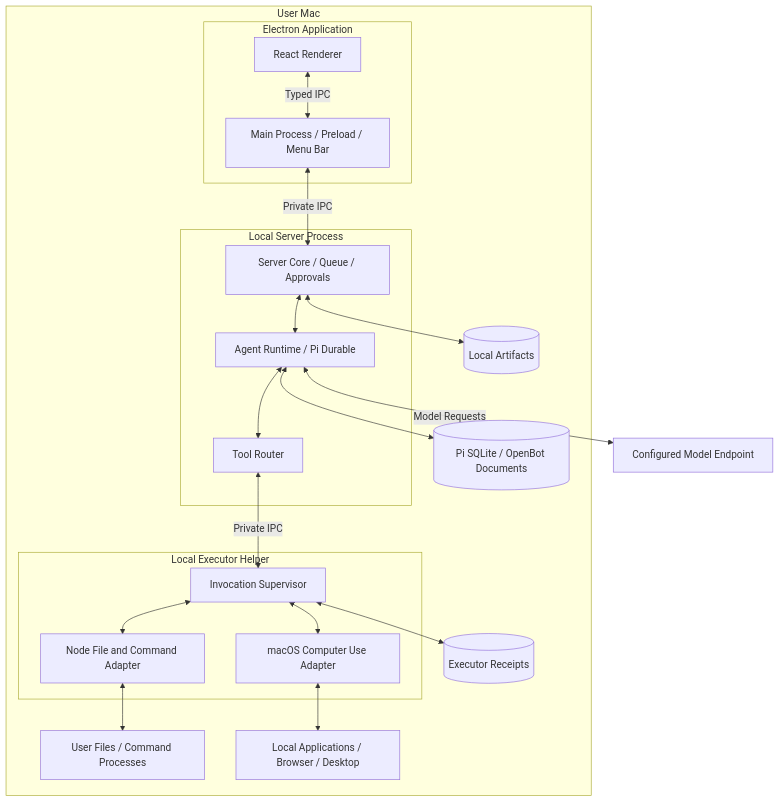
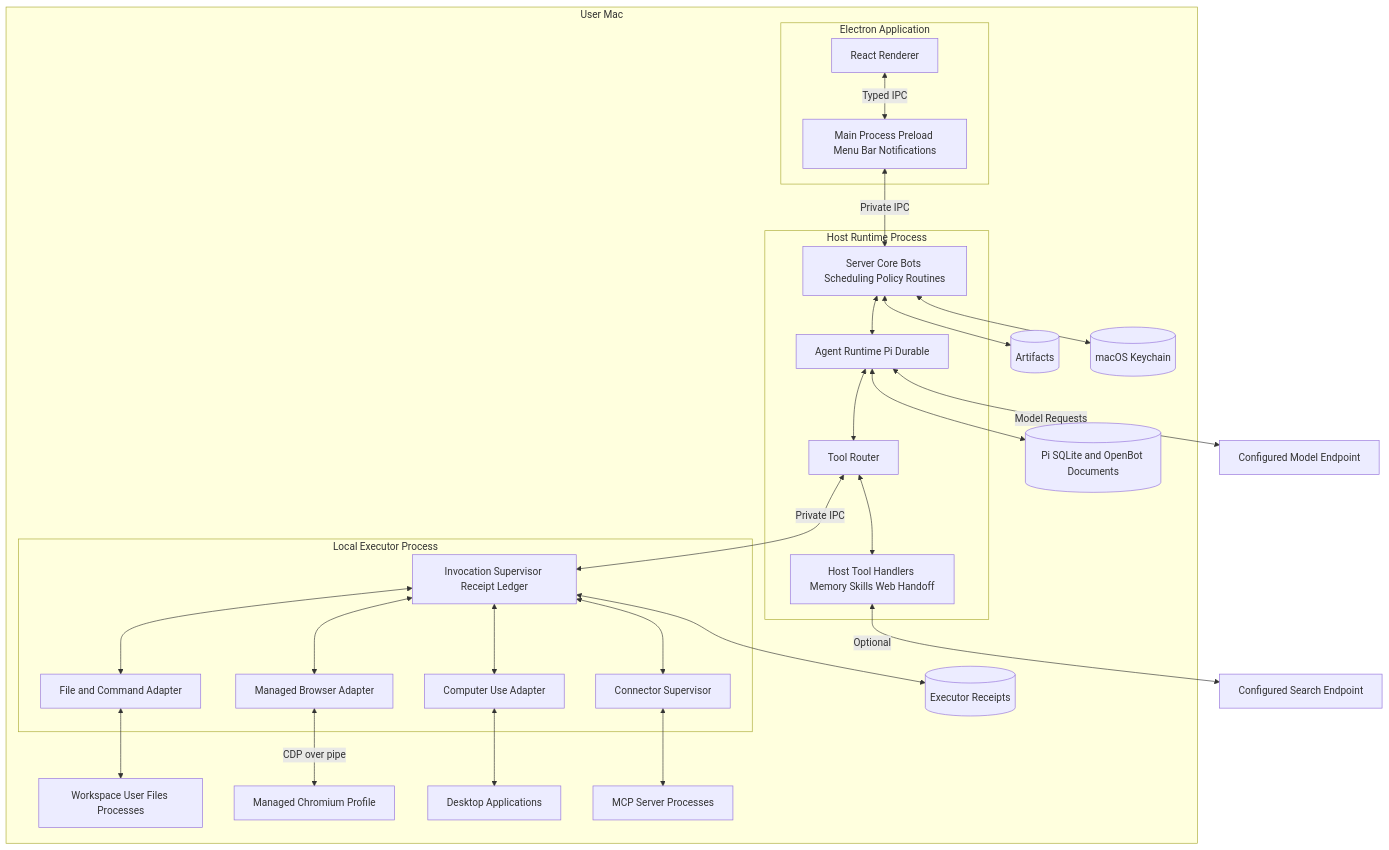
Before and after one commit to VesperZephyr/OpenBot: the first of 3 diagrams in docs/architecture.md, drawn with Mermaid. The commit also changed other lines of this file and 40 other files, not shown here.

First line of the commit message:
Add workspace, Host Runtime, desktop shell, and technical plan

````diff
--- a/docs/architecture.md
+++ b/docs/architecture.md
@@ -99,37 +138,50 @@
 ```mermaid
 flowchart TB
-    subgraph Mac[User Mac]
-        subgraph Desktop[Electron Application]
-            UI[React Renderer]
-            MAIN[Main Process / Preload / Menu Bar]
-            UI <-->|Typed IPC| MAIN
-        end
-        subgraph Service[Local Server Process]
-            CORE[Server Core / Queue / Approvals]
-            RT[Agent Runtime / Pi Durable]
-            TR[Tool Router]
-            CORE <--> RT
-            RT <--> TR
-        end
-        subgraph Worker[Local Executor Helper]
-            EX[Invocation Supervisor]
-            ENV[Node File and Command Adapter]
-            CU[macOS Computer Use Adapter]
-            EX <--> ENV
-            EX <--> CU
-        end
-        DB[(Pi SQLite / OpenBot Documents)]
-        ART[(Local Artifacts)]
-        RECEIPTS[(Executor Receipts)]
-        FILES[User Files / Command Processes]
-        SCREEN[Local Applications / Browser / Desktop]
-        MAIN <-->|Private IPC| CORE
-        TR <-->|Private IPC| EX
-        RT <--> DB
-        CORE <--> ART
-        EX <--> RECEIPTS
-        ENV <--> FILES
-        CU <--> SCREEN
+  subgraph mac [User Mac]
+    subgraph Desktop [Electron Application]
+      UI[React Renderer]
+      MAIN[Main Process Preload Menu Bar Notifications]
+      UI <-->|Typed IPC| MAIN
     end
-    RT <-->|Model Requests| MODEL[Configured Model Endpoint]
+    subgraph HostProc [Host Runtime Process]
+      CORE[Server Core Bots Scheduling Policy Routines]
+      RT[Agent Runtime Pi Durable]
+      TR[Tool Router]
+      HT[Host Tool Handlers Memory Skills Web Handoff]
+      CORE <--> RT
+      RT <--> TR
+      TR <--> HT
+    end
+    subgraph Worker [Local Executor Process]
+      EX[Invocation Supervisor Receipt Ledger]
+      ENV[File and Command Adapter]
+      BR[Managed Browser Adapter]
+      CU[Computer Use Adapter]
+      MCP[Connector Supervisor]
+      EX <--> ENV
+      EX <--> BR
+      EX <--> CU
+      EX <--> MCP
+    end
+    DB[(Pi SQLite and OpenBot Documents)]
+    ART[(Artifacts)]
+    RECEIPTS[(Executor Receipts)]
+    KC[(macOS Keychain)]
+    FILES[Workspace User Files Processes]
+    CHROME[Managed Chromium Profile]
+    SCREEN[Desktop Applications]
+    SERVERS[MCP Server Processes]
+    MAIN <-->|Private IPC| CORE
+    TR <-->|Private IPC| EX
+    RT <--> DB
+    CORE <--> ART
+    CORE <--> KC
+    EX <--> RECEIPTS
+    ENV <--> FILES
+    BR <-->|CDP over pipe| CHROME
+    CU <--> SCREEN
+    MCP <--> SERVERS
+  end
+  RT <-->|Model Requests| MODEL[Configured Model Endpoint]
+  HT <-->|Optional| SEARCH[Configured Search Endpoint]
 ```
````
